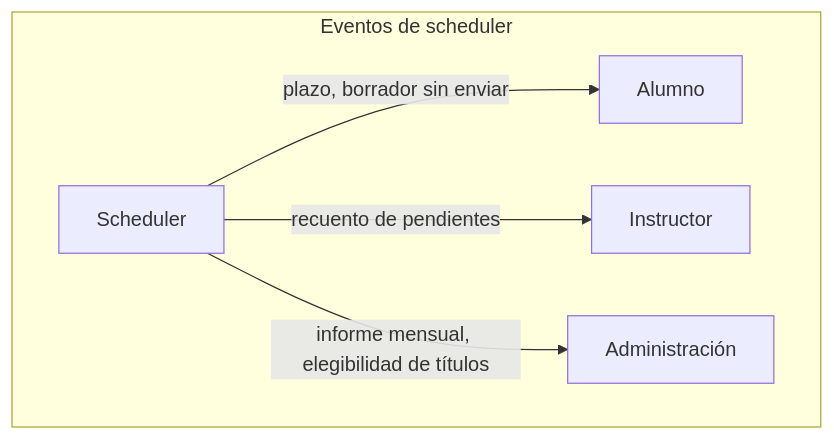
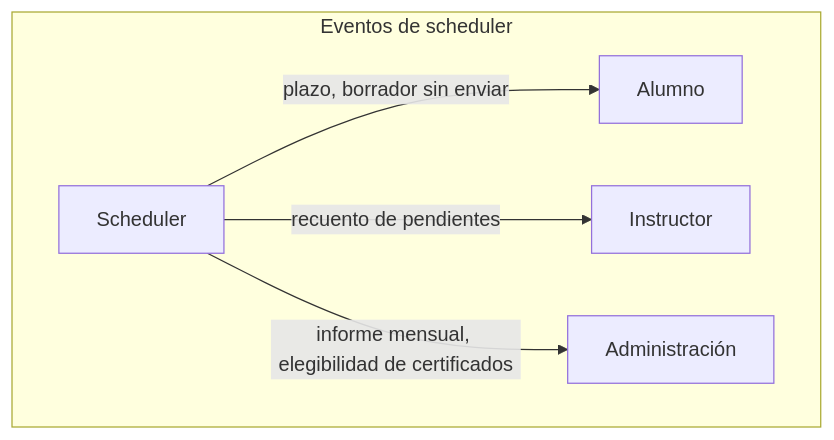
Before and after one commit to daviniadelarosa/api-spring-boot: the third of 3 diagrams in docs/design.md, drawn with Mermaid. The commit also changed other lines of this file, not shown here.

Commit message:
Las titulaciones son certificados de finalización de asignatura por simplicidad, se generará un pdf

````diff
--- a/docs/design.md
+++ b/docs/design.md
@@ -59,8 +61,8 @@
 ```mermaid
 flowchart TB
     subgraph S["Eventos de scheduler"]
         SCH[Scheduler] -->|plazo, borrador sin enviar| AL2[Alumno]
         SCH -->|recuento de pendientes| IN2[Instructor]
-        SCH -->|informe mensual, elegibilidad de títulos| AD[Administración]
+        SCH -->|informe mensual, elegibilidad de certificados| AD[Administración]
     end
 ```
````
